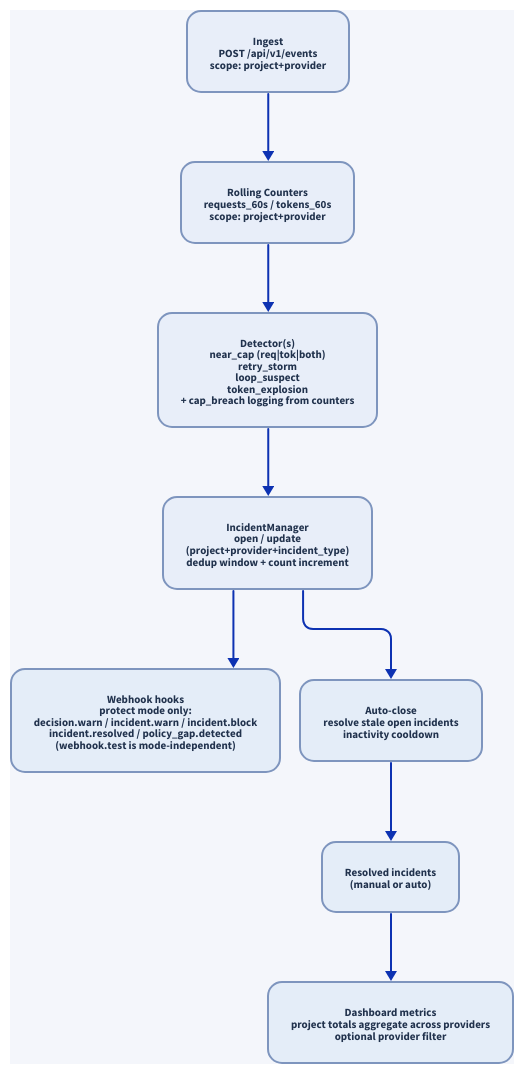
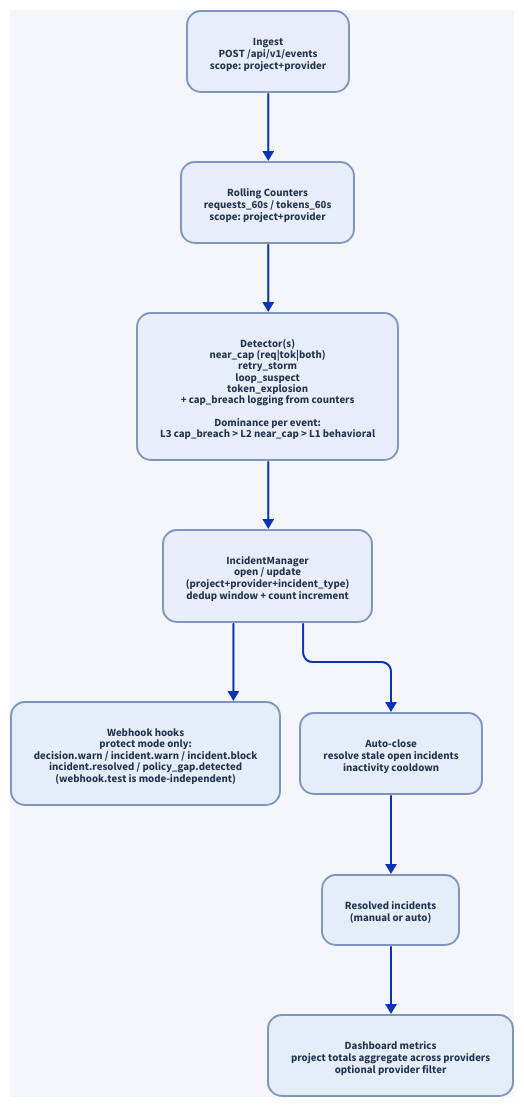
Before and after one commit to MichaelTelvin/Rheonic: the diagram in docs/architecture/incident_flow.d2, drawn with D2. The commit also changed 9 other files, not shown here.

```diff
--- a/docs/architecture/incident_flow.d2
+++ b/docs/architecture/incident_flow.d2
@@ -1,101 +1,101 @@
 direction: down
 
 vars: {
   d2-config: {
     pad: 22
     sketch: false
     layout-engine: elk
   }
 }
 
 style: {
   fill: "#f4f6fb"
 }
 
 ingest: "Ingest\nPOST /api/v1/events\nscope: project+provider" {
   style: {
     fill: "#e8eef9"
     stroke: "#7e95be"
     font-color: "#21324d"
     border-radius: 14
     font-size: 11
   }
 }
 
 counters: "Rolling Counters\nrequests_60s / tokens_60s\nscope: project+provider" {
   style: {
     fill: "#e8eef9"
     stroke: "#7e95be"
     font-color: "#21324d"
     border-radius: 14
     font-size: 11
   }
 }
 
-detectors: "Detector(s)\nnear_cap (req|tok|both)\nretry_storm\nloop_suspect\ntoken_explosion\n+ cap_breach logging from counters" {
+detectors: "Detector(s)\nnear_cap (req|tok|both)\nretry_storm\nloop_suspect\ntoken_explosion\n+ cap_breach logging from counters\n\nDominance per event:\nL3 cap_breach > L2 near_cap > L1 behavioral" {
   style: {
     fill: "#e8eef9"
     stroke: "#7e95be"
     font-color: "#21324d"
     border-radius: 14
     font-size: 11
   }
 }
 
 incident_manager: "IncidentManager\nopen / update\n(project+provider+incident_type)\ndedup window + count increment" {
   style: {
     fill: "#e8eef9"
     stroke: "#7e95be"
     font-color: "#21324d"
     border-radius: 14
     font-size: 11
   }
 }
 
 webhooks: "Webhook hooks\nprotect mode only:\ndecision.warn / incident.warn / incident.block\nincident.resolved / policy_gap.detected\n(webhook.test is mode-independent)" {
   style: {
     fill: "#e4edf8"
     stroke: "#7e95be"
     font-color: "#21324d"
     border-radius: 14
     font-size: 11
   }
 }
 
 autoclose: "Auto-close\nresolve stale open incidents\ninactivity cooldown" {
   style: {
     fill: "#e4edf8"
     stroke: "#7e95be"
     font-color: "#21324d"
     border-radius: 14
     font-size: 11
   }
 }
 
 resolved: "Resolved incidents\n(manual or auto)" {
   style: {
     fill: "#e4edf8"
     stroke: "#7e95be"
     font-color: "#21324d"
     border-radius: 14
     font-size: 11
   }
 }
 
 dashboard: "Dashboard metrics\nproject totals aggregate across providers\noptional provider filter" {
   style: {
     fill: "#e4edf8"
     stroke: "#7e95be"
     font-color: "#21324d"
     border-radius: 14
     font-size: 11
   }
 }
 
 ingest -> counters
 counters -> detectors
 detectors -> incident_manager
 incident_manager -> webhooks
 incident_manager -> autoclose
 autoclose -> resolved
 resolved -> dashboard
```
